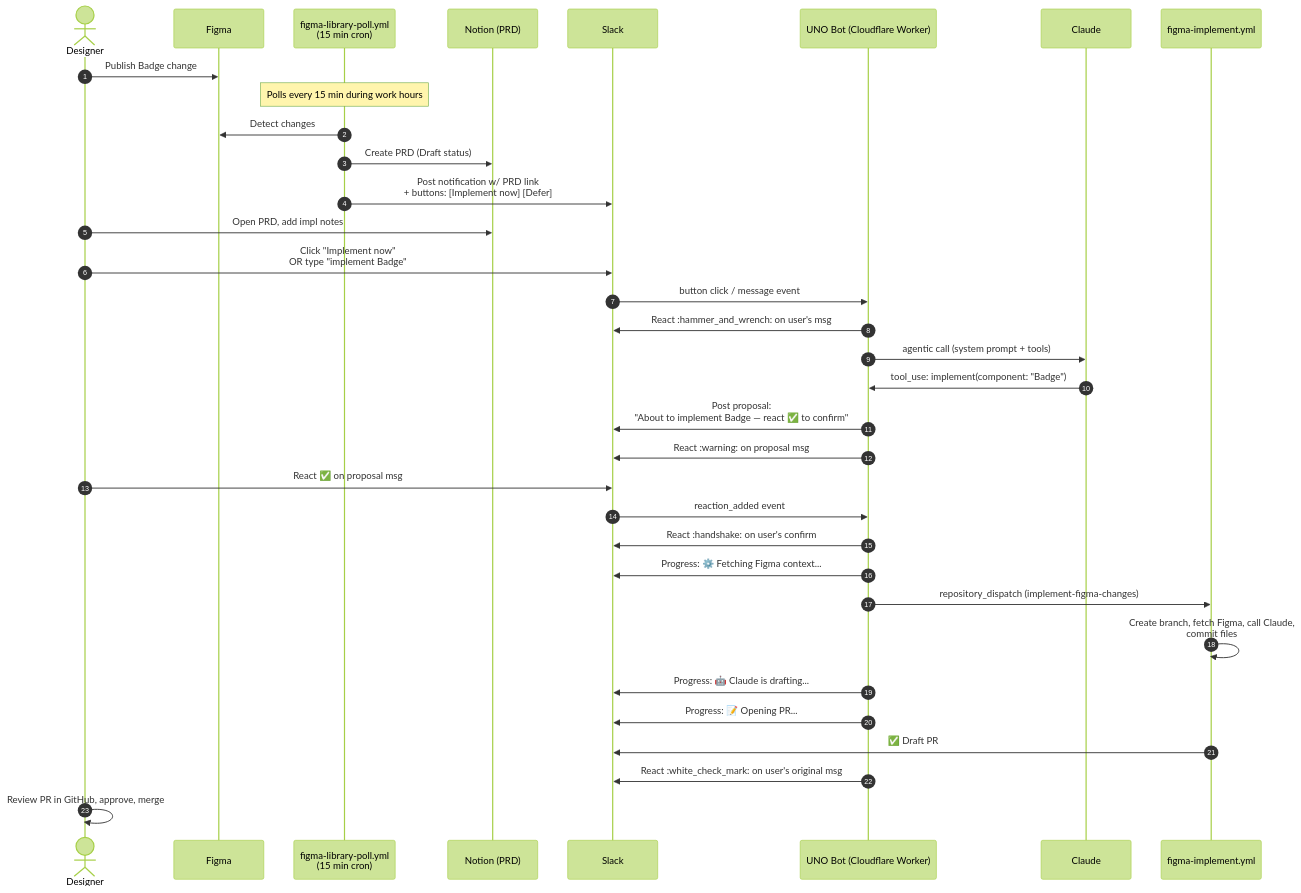
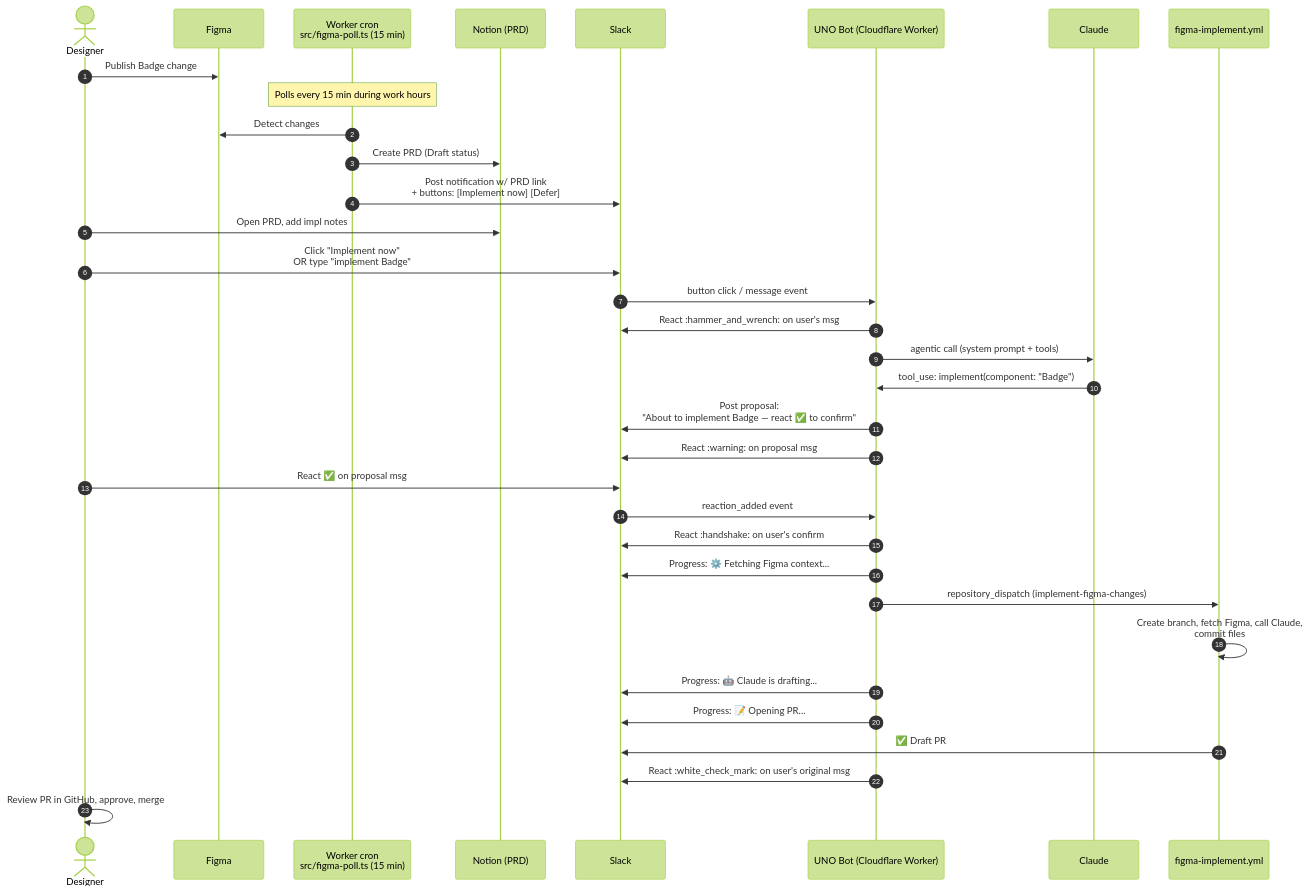
Before and after one commit to BilLogic/plus-uno: the second of 4 diagrams in docs/context/product/uno-bot-flowcharts/uno-bot-v2-flowcharts.md, drawn with Mermaid (forest theme). The commit also changed other lines of this file and 14 other files, not shown here.

````diff
--- a/docs/context/product/uno-bot-flowcharts/uno-bot-v2-flowcharts.md
+++ b/docs/context/product/uno-bot-flowcharts/uno-bot-v2-flowcharts.md
@@ -61,41 +84,41 @@
 ```mermaid
 sequenceDiagram
   autonumber
   actor D as Designer
   participant F as Figma
-  participant Cron as figma-library-poll.yml<br/>(15 min cron)
+  participant Cron as Worker cron<br/>src/figma-poll.ts (15 min)
   participant N as Notion (PRD)
   participant S as Slack #uno-bot
   participant Bot as UNO Bot (Cloudflare Worker)
   participant Claude
   participant GH as figma-implement.yml
 
   D->>F: Publish Badge change
   Note over Cron: Polls every 15 min during work hours
   Cron->>F: Detect changes
   Cron->>N: Create PRD (Draft status)
   Cron->>S: Post notification w/ PRD link<br/>+ buttons: [Implement now] [Defer]
 
   D->>N: Open PRD, add impl notes
   D->>S: Click "Implement now"<br/>OR type "implement Badge"
 
   S->>Bot: button click / message event
   Bot->>S: React :hammer_and_wrench: on user's msg
   Bot->>Claude: agentic call (system prompt + tools)
   Claude->>Bot: tool_use: implement(component: "Badge")
   Bot->>S: Post proposal:<br/>"About to implement Badge — react ✅ to confirm"
   Bot->>S: React :warning: on proposal msg
   D->>S: React ✅ on proposal msg
 
   S->>Bot: reaction_added event
   Bot->>S: React :handshake: on user's confirm
   Bot->>S: Progress: ⚙️ Fetching Figma context...
   Bot->>GH: repository_dispatch (implement-figma-changes)
   GH->>GH: Create branch, fetch Figma, call Claude,<br/>commit files
   Bot->>S: Progress: 🤖 Claude is drafting...
   Bot->>S: Progress: 📝 Opening PR...
   GH->>S: ✅ Draft PR #47 ready
   Bot->>S: React :white_check_mark: on user's original msg
 
   D->>D: Review PR in GitHub, approve, merge
 ```
````
